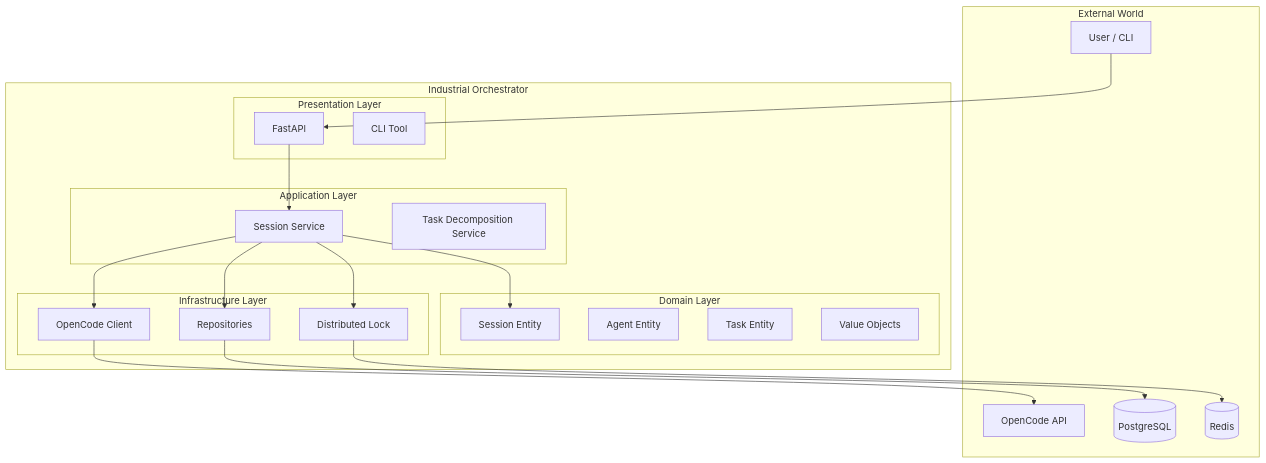
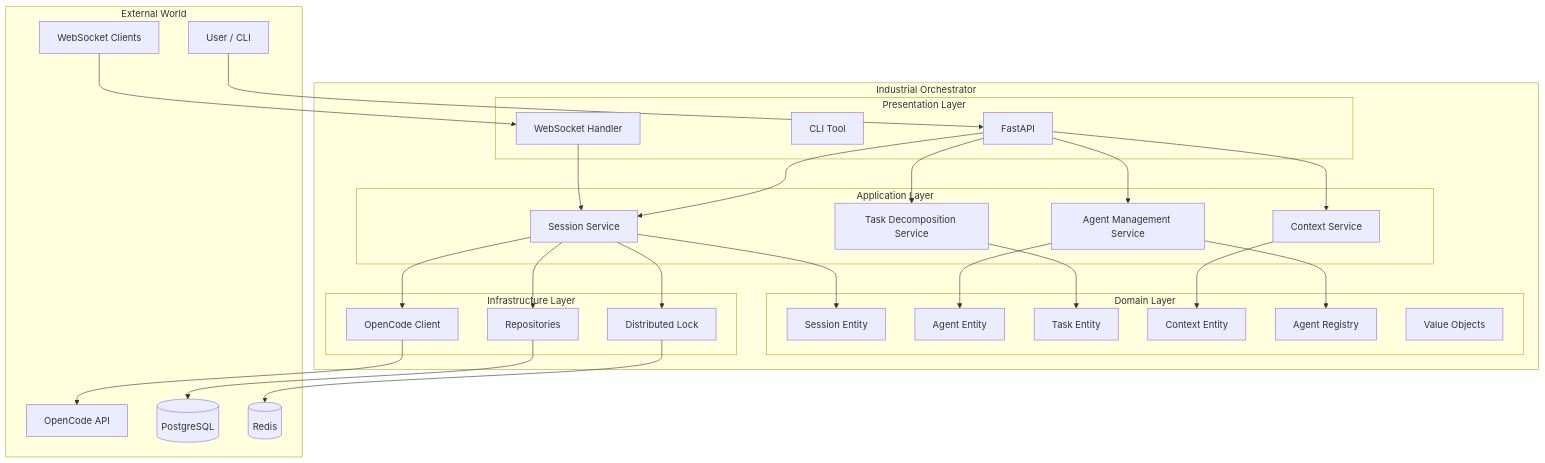
One commit to nordeim/OpenCode-Industrial-Orchestrator changed the first of 3 diagrams in Project_Architecture_Document.md. Above: the diagram before and after it, drawn with Mermaid. The commit also changed other lines of this file and 2 other files, not shown here.

````diff
--- a/Project_Architecture_Document.md
+++ b/Project_Architecture_Document.md
@@ -23,45 +32,62 @@
 ```mermaid
 graph TD
     subgraph "External World"
         User[User / CLI]
         OpenCode[OpenCode API]
         DB[(PostgreSQL)]
         Cache[(Redis)]
+        WS[WebSocket Clients]
     end
 
     subgraph "Industrial Orchestrator"
         subgraph "Presentation Layer"
             API[FastAPI]
             CLI[CLI Tool]
+            WSHandler[WebSocket Handler]
         end
 
         subgraph "Application Layer"
             SessionSvc[Session Service]
+            AgentSvc[Agent Management Service]
+            ContextSvc[Context Service]
             TaskSvc[Task Decomposition Service]
         end
 
         subgraph "Domain Layer"
             Session[Session Entity]
             Agent[Agent Entity]
             Task[Task Entity]
+            Context[Context Entity]
+            Registry[Agent Registry]
             Status[Value Objects]
         end
 
         subgraph "Infrastructure Layer"
             Repo[Repositories]
             Lock[Distributed Lock]
             Adapter[OpenCode Client]
         end
     end
 
     User --> API
+    WS --> WSHandler
     API --> SessionSvc
+    API --> AgentSvc
+    API --> ContextSvc
+    API --> TaskSvc
+    WSHandler --> SessionSvc
+    
     SessionSvc --> Session
+    AgentSvc --> Agent
+    AgentSvc --> Registry
+    ContextSvc --> Context
+    TaskSvc --> Task
+    
     SessionSvc --> Repo
     SessionSvc --> Lock
     SessionSvc --> Adapter
     
     Repo --> DB
     Lock --> Cache
     Adapter --> OpenCode
 ```
````
